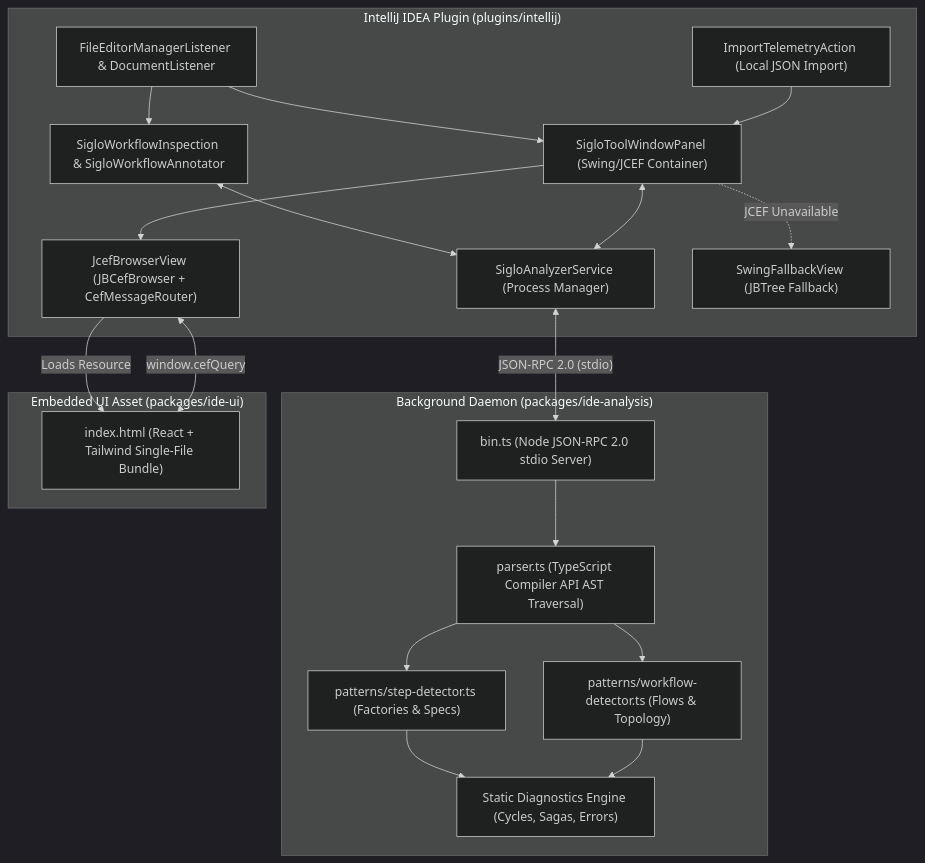
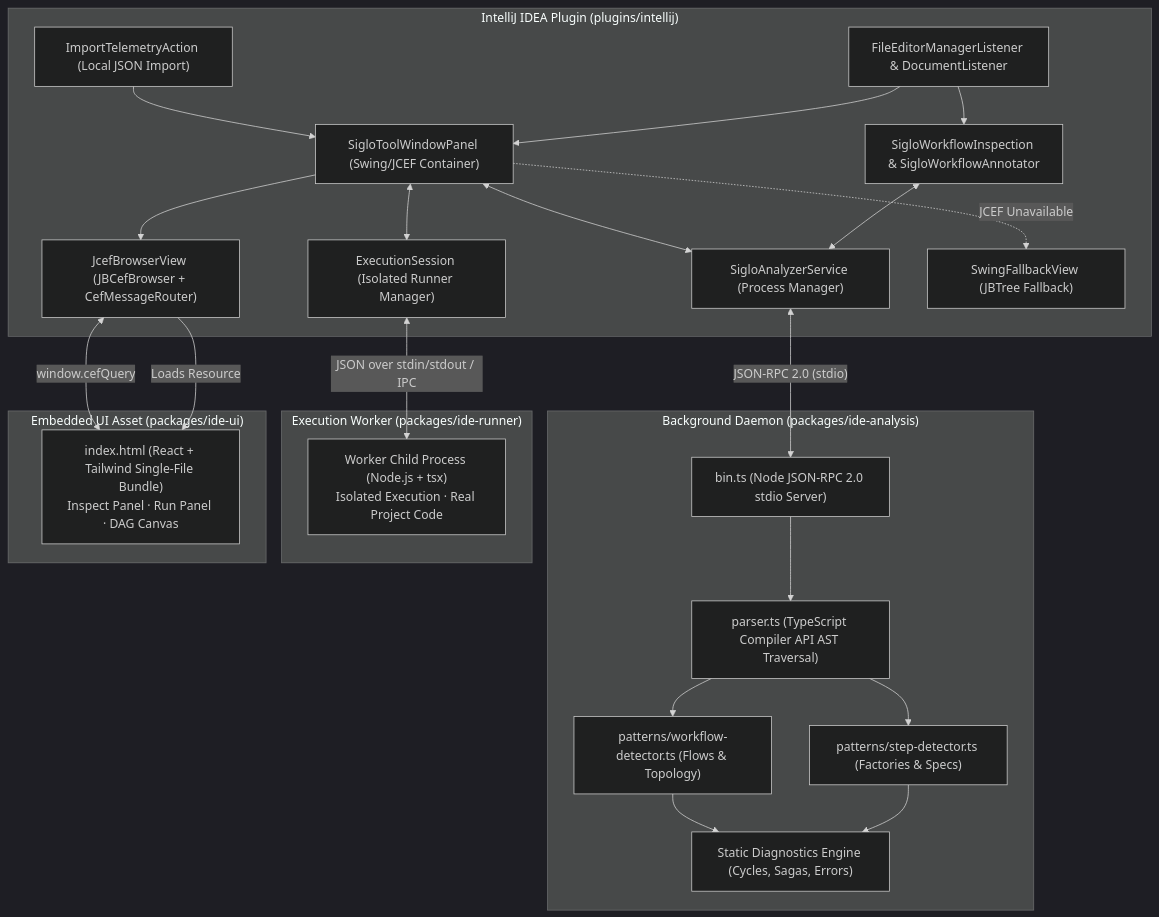
Before and after one commit to jsoftgem/siglo: the diagram in plugins/intellij/README.md, drawn with Mermaid (dark theme). The commit also changed other lines of this file and 90 other files, not shown here.

````diff
--- a/plugins/intellij/README.md
+++ b/plugins/intellij/README.md
@@ -105,36 +113,43 @@
 ```mermaid
 flowchart TD
     subgraph IntelliJPlugin["IntelliJ IDEA Plugin (plugins/intellij)"]
         ToolWindow["SigloToolWindowPanel (Swing/JCEF Container)"]
         AnalyzerService["SigloAnalyzerService (Process Manager)"]
+        ExecutionSession["ExecutionSession (Isolated Runner Manager)"]
         BrowserView["JcefBrowserView (JBCefBrowser + CefMessageRouter)"]
         SwingFallback["SwingFallbackView (JBTree Fallback)"]
         DiagnosticsInspection["SigloWorkflowInspection & SigloWorkflowAnnotator"]
         TelemetryAction["ImportTelemetryAction (Local JSON Import)"]
         EditorListeners["FileEditorManagerListener & DocumentListener"]
     end
 
     subgraph AnalysisDaemon["Background Daemon (packages/ide-analysis)"]
         BinDaemon["bin.ts (Node JSON-RPC 2.0 stdio Server)"]
         Parser["parser.ts (TypeScript Compiler API AST Traversal)"]
         StepDetector["patterns/step-detector.ts (Factories & Specs)"]
         WorkflowDetector["patterns/workflow-detector.ts (Flows & Topology)"]
         DiagnosticsEngine["Static Diagnostics Engine (Cycles, Sagas, Errors)"]
     end
 
+    subgraph RunnerWorker["Execution Worker (packages/ide-runner)"]
+        WorkerProcess["Worker Child Process (Node.js + tsx)\nIsolated Execution · Real Project Code"]
+    end
+
     subgraph WebviewUI["Embedded UI Asset (packages/ide-ui)"]
-        HtmlAsset["index.html (React + Tailwind Single-File Bundle)"]
+        HtmlAsset["index.html (React + Tailwind Single-File Bundle)\nInspect Panel · Run Panel · DAG Canvas"]
     end
 
     EditorListeners --> ToolWindow
     EditorListeners --> DiagnosticsInspection
     DiagnosticsInspection <--> AnalyzerService
     TelemetryAction --> ToolWindow
     ToolWindow <--> AnalyzerService
+    ToolWindow <--> ExecutionSession
+    ExecutionSession <-->|"JSON over stdin/stdout / IPC"| WorkerProcess
     AnalyzerService <-->|"JSON-RPC 2.0 (stdio)"| BinDaemon
     BinDaemon --> Parser --> StepDetector & WorkflowDetector --> DiagnosticsEngine
     ToolWindow --> BrowserView
     ToolWindow -.->|"JCEF Unavailable"| SwingFallback
     BrowserView -->|"Loads Resource"| HtmlAsset
     BrowserView <-->|"window.cefQuery"| HtmlAsset
 ```
````
